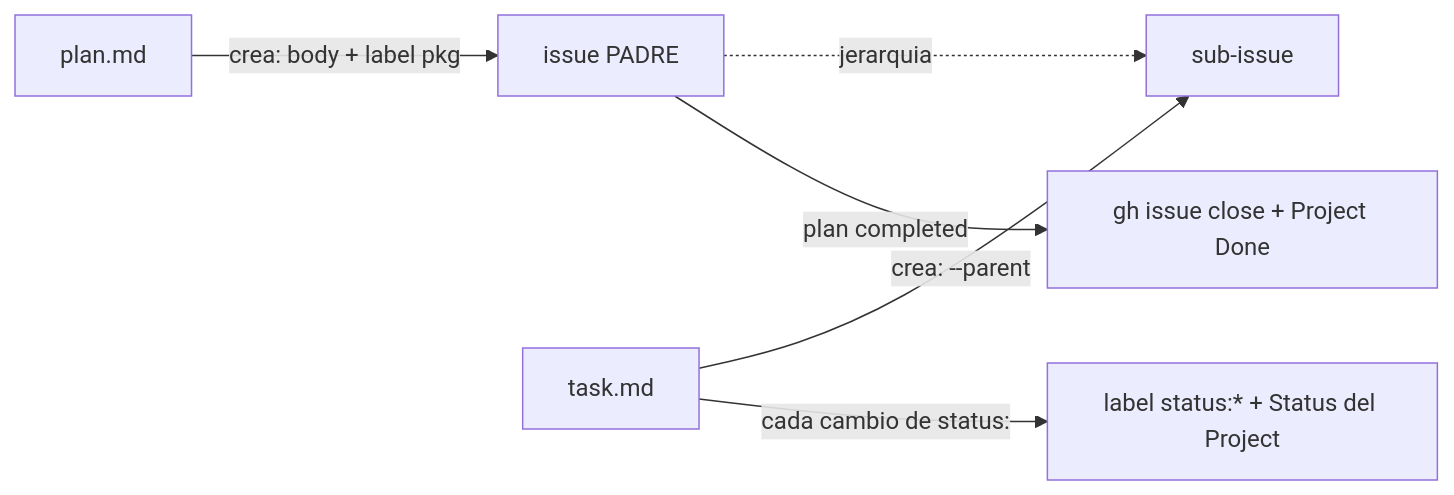
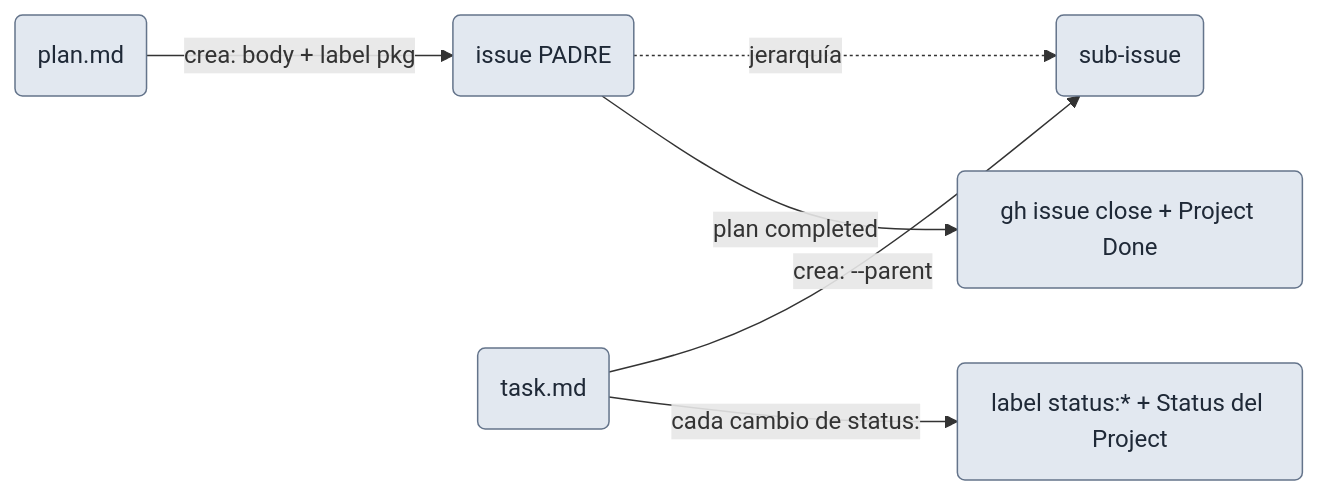
One commit to drossan/claude-plugins changed the diagram in website/features/github-tracking.md. Above: the diagram before and after it, drawn with Mermaid. The commit also changed other lines of this file and 6 other files, not shown here.

````diff
--- a/website/features/github-tracking.md
+++ b/website/features/github-tracking.md
@@ -15,8 +15,10 @@
 ```mermaid
 flowchart LR
-    PLAN["plan.md"] -->|"crea: body + label pkg"| PADRE["issue PADRE"]
-    TASK["task.md"] -->|"crea: --parent"| SUB["sub-issue"]
-    PADRE -.->|"jerarquia"| SUB
-    TASK -->|"cada cambio de status:"| ST["label status:* + Status del Project"]
-    PADRE -->|"plan completed"| CLOSE["gh issue close + Project Done"]
+    PLAN("plan.md"):::normal -->|"crea: body + label pkg"| PADRE("issue PADRE"):::normal
+    TASK("task.md"):::normal -->|"crea: --parent"| SUB("sub-issue"):::normal
+    PADRE -. "jerarquía" .-> SUB
+    TASK -->|"cada cambio de status:"| ST("label status:* + Status del Project"):::normal
+    PADRE -->|"plan completed"| CLOSE("gh issue close + Project Done"):::normal
+
+    classDef normal fill:#e2e8f0,stroke:#64748b,color:#1f2937
 ```
````
